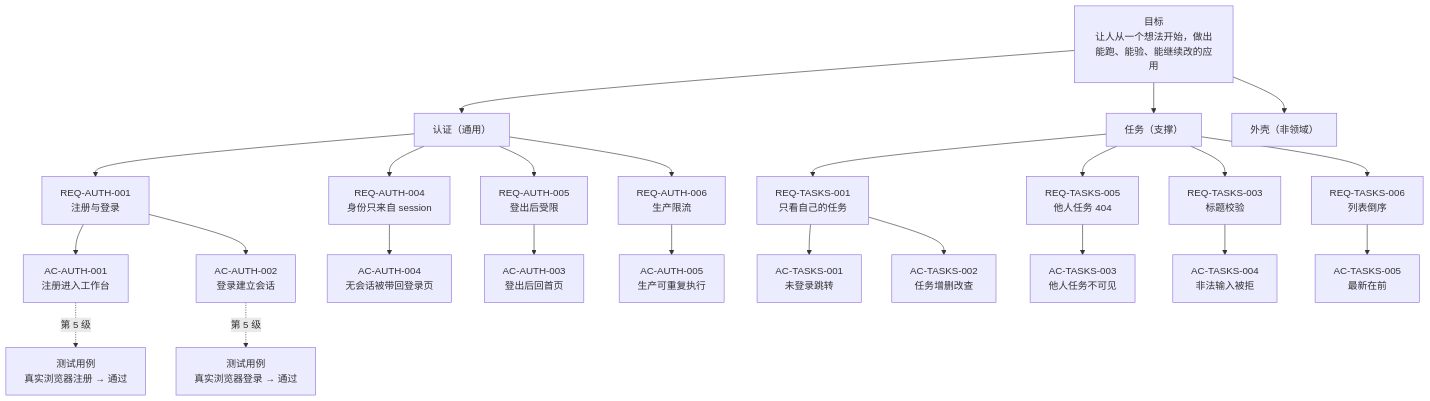
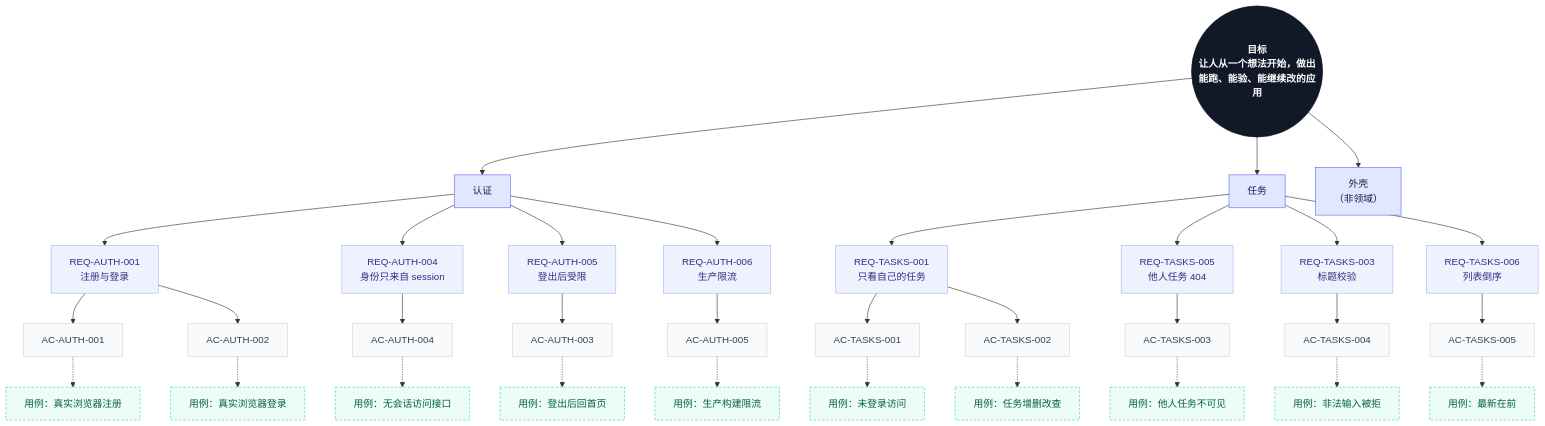
One commit to morewhyhan/Ignite changed the diagram in docs/GOAL.md. Above: the diagram before and after it, drawn with Mermaid. The commit also changed other lines of this file and 4 other files, not shown here.

Commit message:
docs: collapse the goal tree to intro, graph and textual pyramid

````diff
--- a/docs/GOAL.md
+++ b/docs/GOAL.md
@@ -29,27 +60,46 @@
 ```mermaid
 flowchart TD
-  G["目标<br/>让人从一个想法开始，做出能跑、能验、能继续改的应用"]
-  G --> D1["认证（通用）"]
-  G --> D2["任务（支撑）"]
-  G --> D3["外壳（非领域）"]
+  classDef goal fill:#111827,stroke:#111827,color:#ffffff,font-weight:bold
+  classDef domain fill:#e0e7ff,stroke:#6366f1,color:#1e1b4b
+  classDef req fill:#eef2ff,stroke:#a5b4fc,color:#312e81
+  classDef ac fill:#f8fafc,stroke:#cbd5e1,color:#334155
+  classDef test fill:#ecfdf5,stroke:#34d399,color:#065f46,stroke-dasharray: 4 3
+
+  G(("目标<br/>让人从一个想法开始，做出能跑、能验、能继续改的应用"))
+  G --> D1["认证"]
+  G --> D2["任务"]
+  G --> D3["外壳<br/>（非领域）"]
   D1 --> R1["REQ-AUTH-001<br/>注册与登录"]
   D1 --> R4["REQ-AUTH-004<br/>身份只来自 session"]
   D1 --> R5["REQ-AUTH-005<br/>登出后受限"]
   D1 --> R6["REQ-AUTH-006<br/>生产限流"]
-  R1 --> A1["AC-AUTH-001<br/>注册进入工作台"]
-  R1 --> A2["AC-AUTH-002<br/>登录建立会话"]
-  R4 --> A4["AC-AUTH-004<br/>无会话被带回登录页"]
-  R5 --> A3["AC-AUTH-003<br/>登出后回首页"]
-  R6 --> A5["AC-AUTH-005<br/>生产可重复执行"]
   D2 --> T1["REQ-TASKS-001<br/>只看自己的任务"]
   D2 --> T5["REQ-TASKS-005<br/>他人任务 404"]
   D2 --> T3["REQ-TASKS-003<br/>标题校验"]
   D2 --> T6["REQ-TASKS-006<br/>列表倒序"]
-  T1 --> AT1["AC-TASKS-001<br/>未登录跳转"]
-  T1 --> AT2["AC-TASKS-002<br/>任务增删改查"]
-  T5 --> AT3["AC-TASKS-003<br/>他人任务不可见"]
-  T3 --> AT4["AC-TASKS-004<br/>非法输入被拒"]
-  T6 --> AT5["AC-TASKS-005<br/>最新在前"]
-  A1 -.->|第 5 级| U1["测试用例<br/>真实浏览器注册 → 通过"]
-  A2 -.->|第 5 级| U2["测试用例<br/>真实浏览器登录 → 通过"]
+  R1 --> A1["AC-AUTH-001"]
+  R1 --> A2["AC-AUTH-002"]
+  R4 --> A4["AC-AUTH-004"]
+  R5 --> A3["AC-AUTH-003"]
+  R6 --> A5["AC-AUTH-005"]
+  T1 --> AT1["AC-TASKS-001"]
+  T1 --> AT2["AC-TASKS-002"]
+  T5 --> AT3["AC-TASKS-003"]
+  T3 --> AT4["AC-TASKS-004"]
+  T6 --> AT5["AC-TASKS-005"]
+  A1 -.-> U1["用例：真实浏览器注册"]
+  A2 -.-> U2["用例：真实浏览器登录"]
+  A3 -.-> U3["用例：登出后回首页"]
+  A4 -.-> U4["用例：无会话访问接口"]
+  A5 -.-> U5["用例：生产构建限流"]
+  AT1 -.-> V1["用例：未登录访问"]
+  AT2 -.-> V2["用例：任务增删改查"]
+  AT3 -.-> V3["用例：他人任务不可见"]
+  AT4 -.-> V4["用例：非法输入被拒"]
+  AT5 -.-> V5["用例：最新在前"]
+  class G goal
+  class D1,D2,D3 domain
+  class R1,R4,R5,R6,T1,T5,T3,T6 req
+  class A1,A2,A3,A4,A5,AT1,AT2,AT3,AT4,AT5 ac
+  class U1,U2,U3,U4,U5,V1,V2,V3,V4,V5 test
 ```
````
